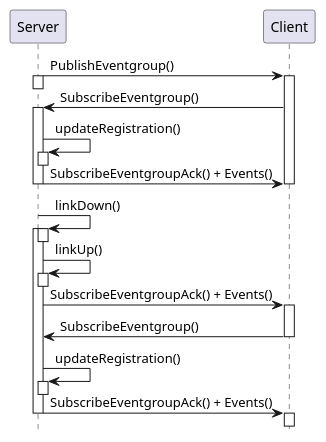
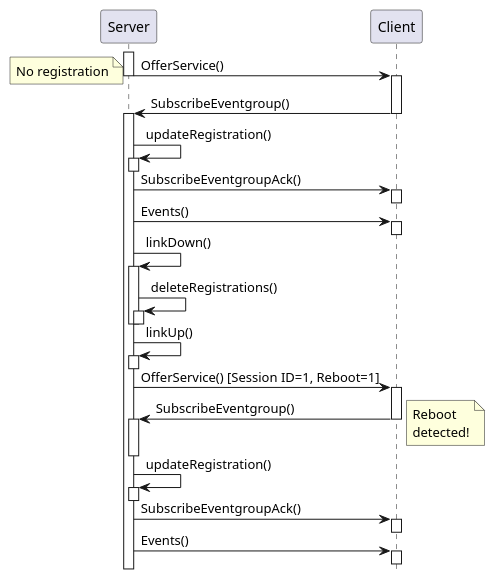
Before and after one commit to some-ip-com/open-someip-spec: the diagram in src/images/plantuml/feat_req_someipsd_633.puml, drawn with PlantUML. The commit also changed 16 other files, not shown here.

```diff
--- a/src/images/plantuml/feat_req_someipsd_633.puml
+++ b/src/images/plantuml/feat_req_someipsd_633.puml
@@ -1,40 +1,44 @@
 @startuml
 !pragma teoz true
 hide footbox
 
 participant Server
 participant Client
 
-Server -> Client ++: PublishEventgroup()
 activate Server
+Server -> Client ++: OfferService()
 deactivate Server
-Client -> Server: SubscribeEventgroup()
-activate Server
-Server -> Server: updateRegistration()
-activate Server
+note left
+    No registration
+end note
+Client -> Server ++: SubscribeEventgroup()
+deactivate Client
+Server -> Server ++: updateRegistration()
 deactivate Server
-Server -> Client: SubscribeEventgroupAck() + Events()
+Server -> Client ++: SubscribeEventgroupAck()
+deactivate Client
+Server -> Client ++: Events()
+deactivate Client
+Server -> Server ++: linkDown()
+Server -> Server ++: deleteRegistrations()
 deactivate Server
-deactivate Client
-
-Server -> Server++: linkDown()
-activate Server
 deactivate Server
-Server -> Server: linkUp()
-activate Server
+Server -> Server ++: linkUp()
 deactivate Server
-Server -> Client: SubscribeEventgroupAck() + Events()
-activate Client
-Client -> Server: SubscribeEventgroup()
-deactivate Client
-
-Server -> Server: updateRegistration()
-activate Server
-deactivate Server
-Server -> Client: SubscribeEventgroupAck() + Events()
-activate Client
+Server -> Client ++: OfferService() [Session ID=1, Reboot=1]
+Client -> Server ++: SubscribeEventgroup()
+note right
+    Reboot 
+    detected!
+end note
 deactivate Client
 deactivate Server
 
+Server -> Server ++: updateRegistration()
+deactivate Server
+Server -> Client ++: SubscribeEventgroupAck()
+deactivate Client
+Server -> Client ++: Events()
+deactivate Client
 
 @enduml
```
